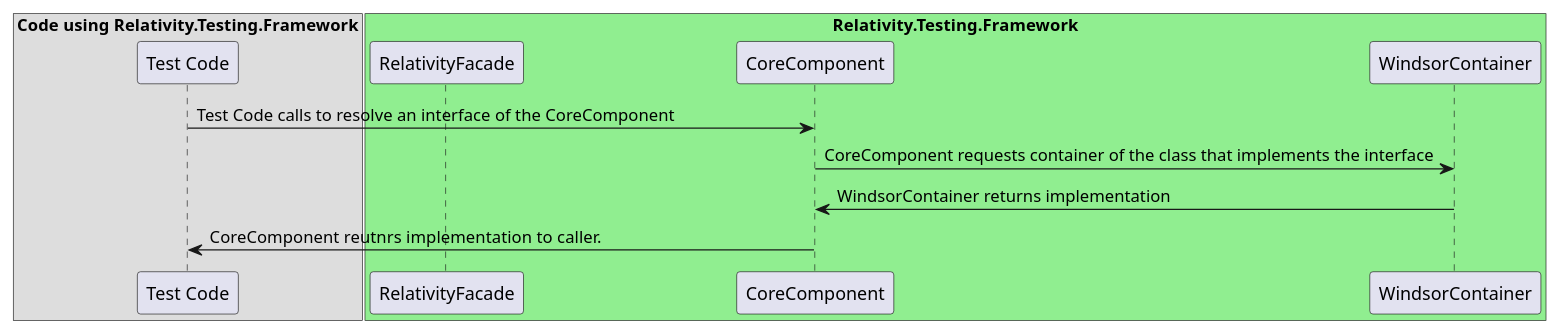
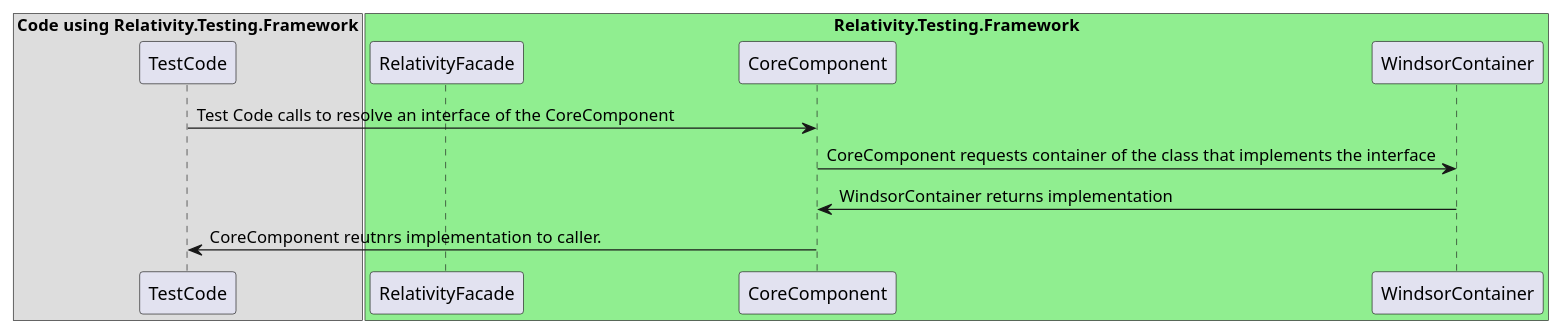
One commit to relativitydev/relativity.testing.framework changed the diagram in docs/dev/SequenceDiagrams/UMLFiles/RegisteredServices.iuml. Above: the diagram before and after it, drawn with PlantUML.

Commit message:
TESTENG-1465: Update CoreComponent and RegisteredServices Sequence diagrams

```diff
--- a/docs/dev/SequenceDiagrams/UMLFiles/RegisteredServices.iuml
+++ b/docs/dev/SequenceDiagrams/UMLFiles/RegisteredServices.iuml
@@ -1,18 +1,18 @@
 @startuml Relativity.Testing.Framework RegisteredServices Sequence Diagram
 
 box "Code using Relativity.Testing.Framework"
-participant "Test Code"
+participant "TestCode"
 end box
 
 box "Relativity.Testing.Framework" #LightGreen
 participant "RelativityFacade"
 participant "CoreComponent"
 participant "WindsorContainer"
 end box
 
-"Test Code" -> "CoreComponent" : Test Code calls to resolve an interface of the CoreComponent
+"TestCode" -> "CoreComponent" : Test Code calls to resolve an interface of the CoreComponent
 "CoreComponent" -> "WindsorContainer" : CoreComponent requests container of the class that implements the interface
 "WindsorContainer" -> "CoreComponent" : WindsorContainer returns implementation 
-"CoreComponent" -> "Test Code" : CoreComponent reutnrs implementation to caller. 
+"CoreComponent" -> "TestCode" : CoreComponent reutnrs implementation to caller. 
 
 @enduml
```
